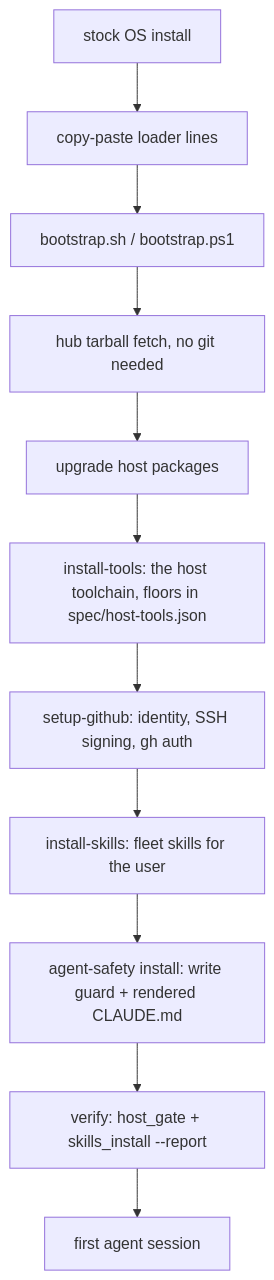
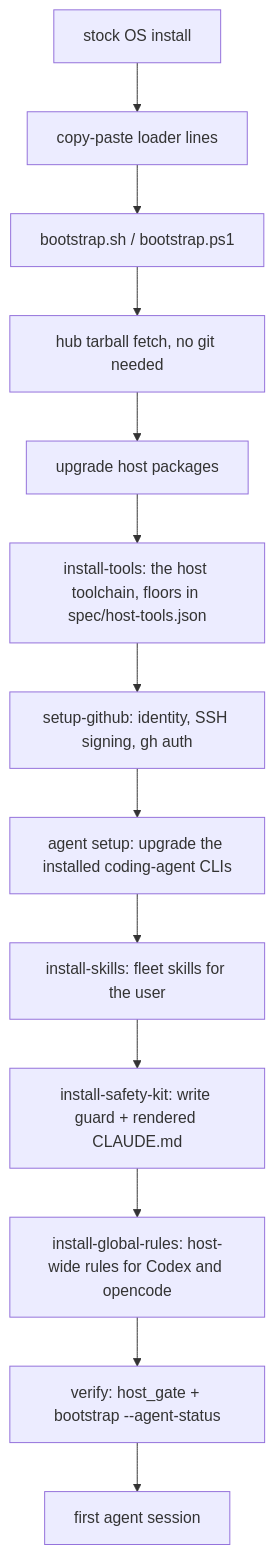
One commit to ptr727/ProjectTemplate changed the second of 5 diagrams in docs/fleet-map.md. Above: the diagram before and after it, drawn with Mermaid. The commit also changed other lines of this file and 1 other file, not shown here.

Commit message:
Show the Agent Setup's Steps in the Cold Start Flowchart and the Install-Skills Note
The cold-start flowchart drew install-skills then the safety kit, omitting the agent-tools
upgrade before them and the Codex and opencode rules after. The G1 decision named the skills
step as the only Python exception, and the Linux README said the bootstrap runs it last. The
agent setup as a whole now runs last, and its Python-driven steps share the exception.

````diff
--- a/docs/fleet-map.md
+++ b/docs/fleet-map.md
@@ -77,13 +77,15 @@
 ```mermaid
 flowchart TD
   os["stock OS install"] --> paste["copy-paste loader lines"]
   paste --> boot["bootstrap.sh / bootstrap.ps1"]
   boot --> fetch["hub tarball fetch, no git needed"]
   fetch --> upgrade["upgrade host packages"]
   upgrade --> tools["install-tools: the host toolchain, floors in spec/host-tools.json"]
   tools --> github["setup-github: identity, SSH signing, gh auth"]
-  github --> skillsinstall["install-skills: fleet skills for the user"]
-  skillsinstall --> safety["agent-safety install: write guard + rendered CLAUDE.md"]
-  safety --> verify["verify: host_gate + skills_install --report"]
+  github --> agenttools["agent setup: upgrade the installed coding-agent CLIs"]
+  agenttools --> skillsinstall["install-skills: fleet skills for the user"]
+  skillsinstall --> safety["install-safety-kit: write guard + rendered CLAUDE.md"]
+  safety --> rules["install-global-rules: host-wide rules for Codex and opencode"]
+  rules --> verify["verify: host_gate + bootstrap --agent-status"]
   verify --> session["first agent session"]
 ```
````
